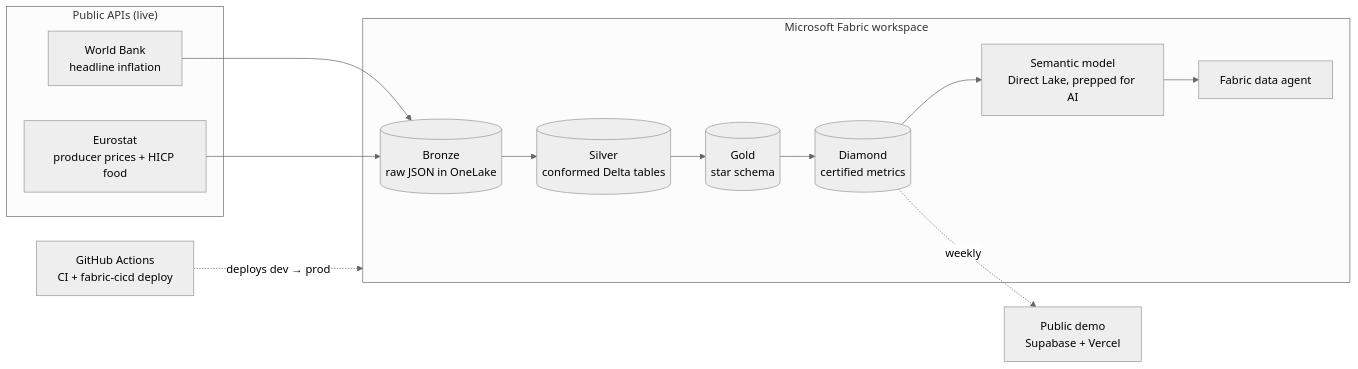
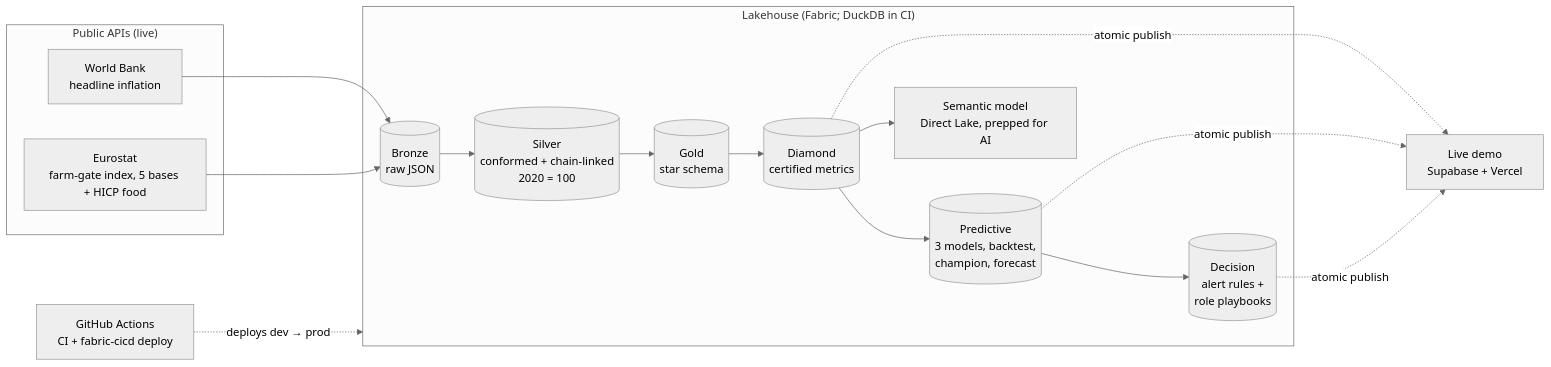
One commit to alejandrocaldentey/fabric-lakehouse-food-prices changed the diagram in README.md. Above: the diagram before and after it, drawn with Mermaid (neutral theme). The commit also changed other lines of this file and 9 other files, not shown here.

````diff
--- a/README.md
+++ b/README.md
@@ -13,19 +13,21 @@
 ```mermaid
 flowchart LR
     subgraph Sources["Public APIs (live)"]
-        ES[Eurostat<br/>producer prices + HICP food]
+        ES[Eurostat<br/>farm-gate index, 5 bases + HICP food]
         WB[World Bank<br/>headline inflation]
     end
-    subgraph Fabric["Microsoft Fabric workspace"]
-        B[(Bronze<br/>raw JSON in OneLake)]
-        S[(Silver<br/>conformed Delta tables)]
+    subgraph Fabric["Lakehouse (Fabric; DuckDB in CI)"]
+        B[(Bronze<br/>raw JSON)]
+        S[(Silver<br/>conformed + chain-linked<br/>2020 = 100)]
         G[(Gold<br/>star schema)]
         D[(Diamond<br/>certified metrics)]
+        P[(Predictive<br/>3 models, backtest,<br/>champion, forecast)]
+        A[(Decision<br/>alert rules +<br/>role playbooks)]
         SM[Semantic model<br/>Direct Lake, prepped for AI]
-        DA[Fabric data agent]
     end
     GH[GitHub Actions<br/>CI + fabric-cicd deploy]
-    WB & ES --> B --> S --> G --> D --> SM --> DA
-    D -. weekly .-> PUB[Public demo<br/>Supabase + Vercel]
+    WB & ES --> B --> S --> G --> D --> P --> A
+    D --> SM
+    D & P & A -. atomic publish .-> PUB[Live demo<br/>Supabase + Vercel]
     GH -. deploys dev → prod .-> Fabric
 ```
````
